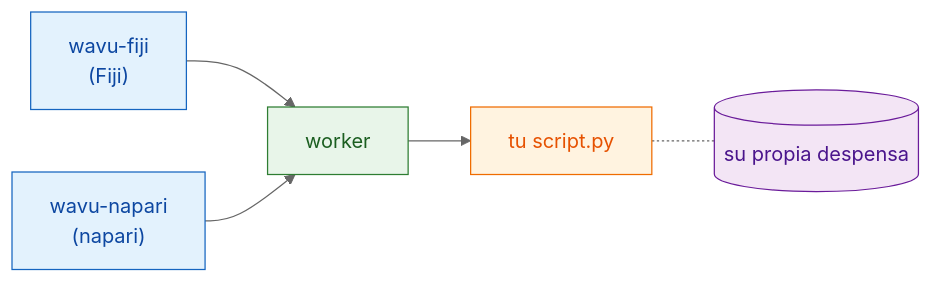
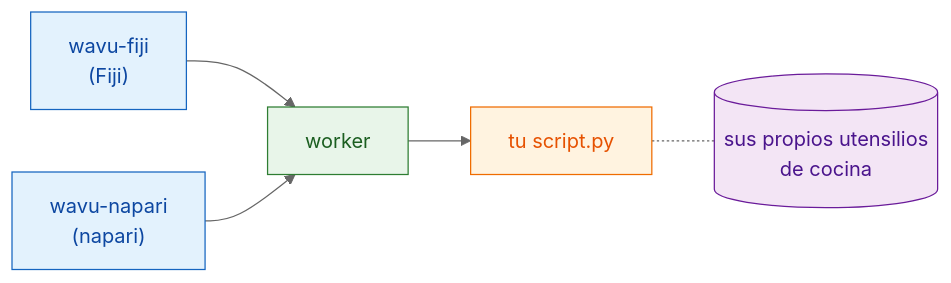
The diagram in guide/model/what-is-wavu.es.md (Oxford-Zeiss-Centre-of-Excellence/Wavu), drawn with Mermaid (neutral theme) before and after one commit. The commit also changed other lines of this file and 221 other files, not shown here.

````diff
--- a/guide/model/what-is-wavu.es.md
+++ b/guide/model/what-is-wavu.es.md
@@ -38,17 +40,17 @@
 ```mermaid
 flowchart LR
     F["wavu-fiji<br/>(Fiji)"]:::fiji
     N["wavu-napari<br/>(napari)"]:::fiji
     W["worker"]:::worker
     S["tu script.py"]:::script
-    E[("su propia despensa")]:::env
+    E[("sus propios utensilios<br/>de cocina")]:::env
     F --> W
     N --> W
     W --> S
     S -.- E
 
     classDef fiji   fill:#e3f2fd,stroke:#1565c0,color:#0d47a1
     classDef worker fill:#e8f5e9,stroke:#2e7d32,color:#1b5e20
     classDef script fill:#fff3e0,stroke:#ef6c00,color:#e65100
     classDef env    fill:#f3e5f5,stroke:#6a1b9a,color:#4a148c
 ```
````
